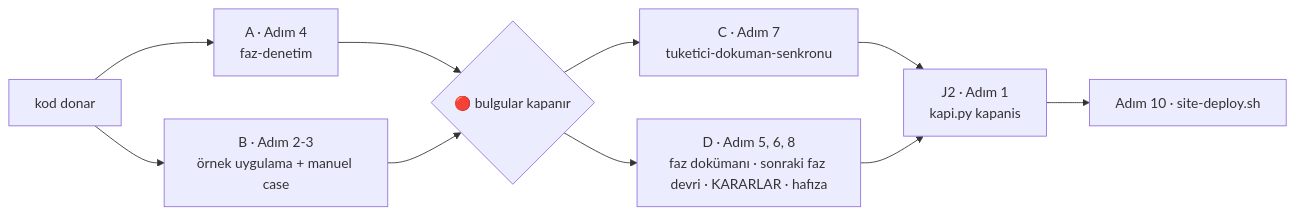
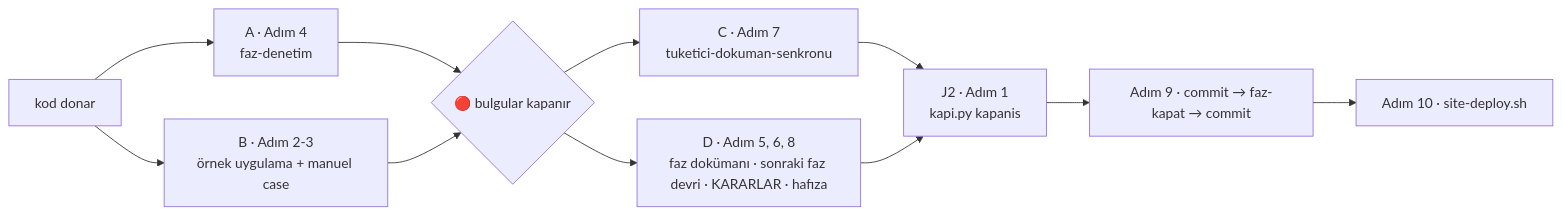
Before and after one commit to farukatasoy/Tracon: the diagram in .agents/skills/faz-tamamlama/SKILL.md, drawn with Mermaid. The commit also changed other lines of this file and 33 other files, not shown here.

````diff
--- a/.agents/skills/faz-tamamlama/SKILL.md
+++ b/.agents/skills/faz-tamamlama/SKILL.md
@@ -19,14 +19,15 @@
 ```mermaid
 flowchart LR
     accTitle: Paralellestirilmis faz kapanisi
     accDescr: Kod donduktan sonra denetim ve ornek uygulama kosumu ayni anda kosar. Kirmizi bulgular kapandiktan sonra site senkronu ve dokuman hizalama yine ayni anda kosar. Tek kapi kosucusu ve yayin en sonda birlesir.
     KOD["kod donar"] --> A["A · Adım 4<br/>faz-denetim"]
     KOD --> B["B · Adım 2-3<br/>örnek uygulama + manuel case"]
     A --> J1{"🔴 bulgular kapanır"}
     B --> J1
     J1 --> C["C · Adım 7<br/>tuketici-dokuman-senkronu"]
     J1 --> D["D · Adım 5, 6, 8<br/>faz dokümanı · sonraki faz devri · KARARLAR · hafıza"]
     C --> J2["J2 · Adım 1<br/>kapi.py kapanis"]
     D --> J2
-    J2 --> Y["Adım 10 · site-deploy.sh"]
+    J2 --> K["Adım 9 · commit → faz-kapat → commit"]
+    K --> Y["Adım 10 · site-deploy.sh"]
 ```
````
